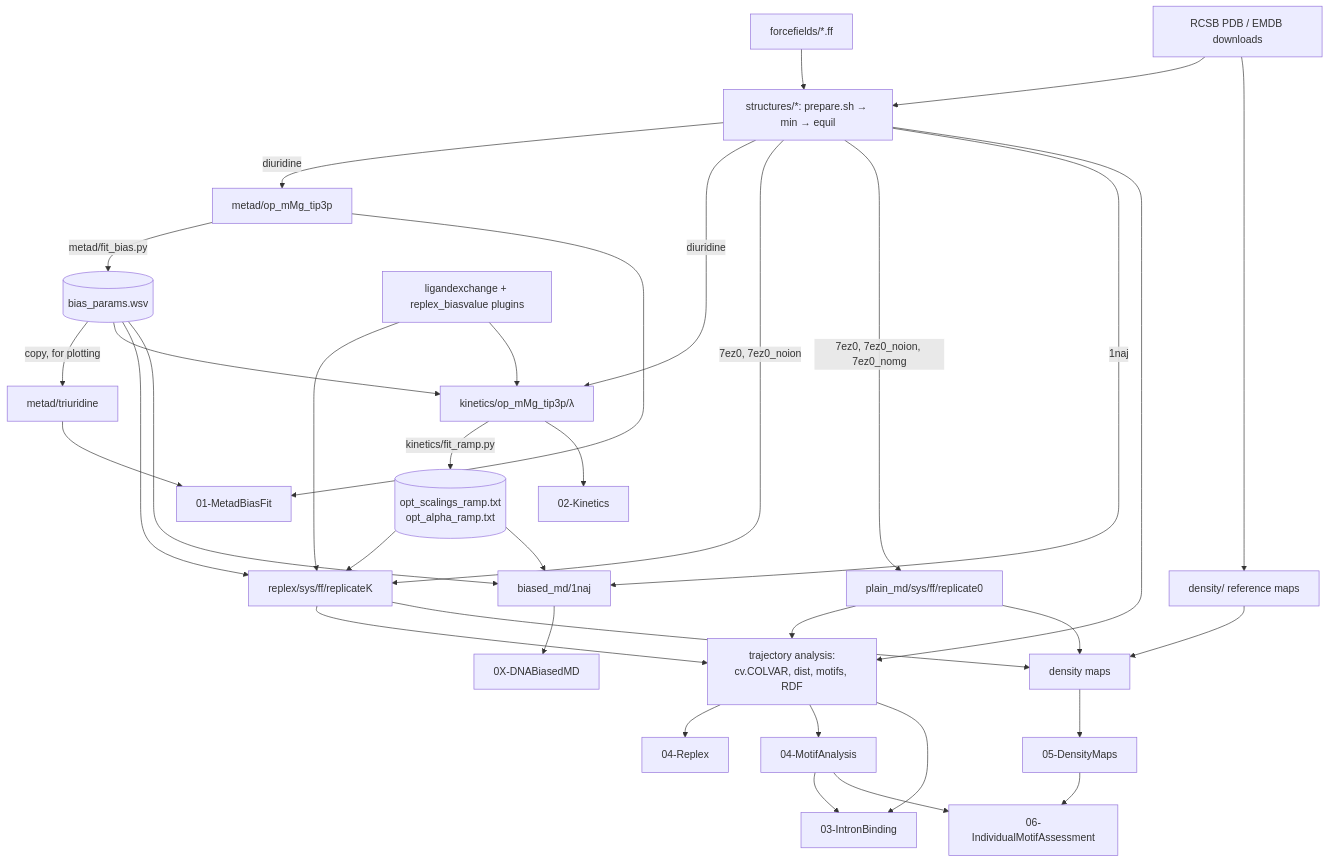
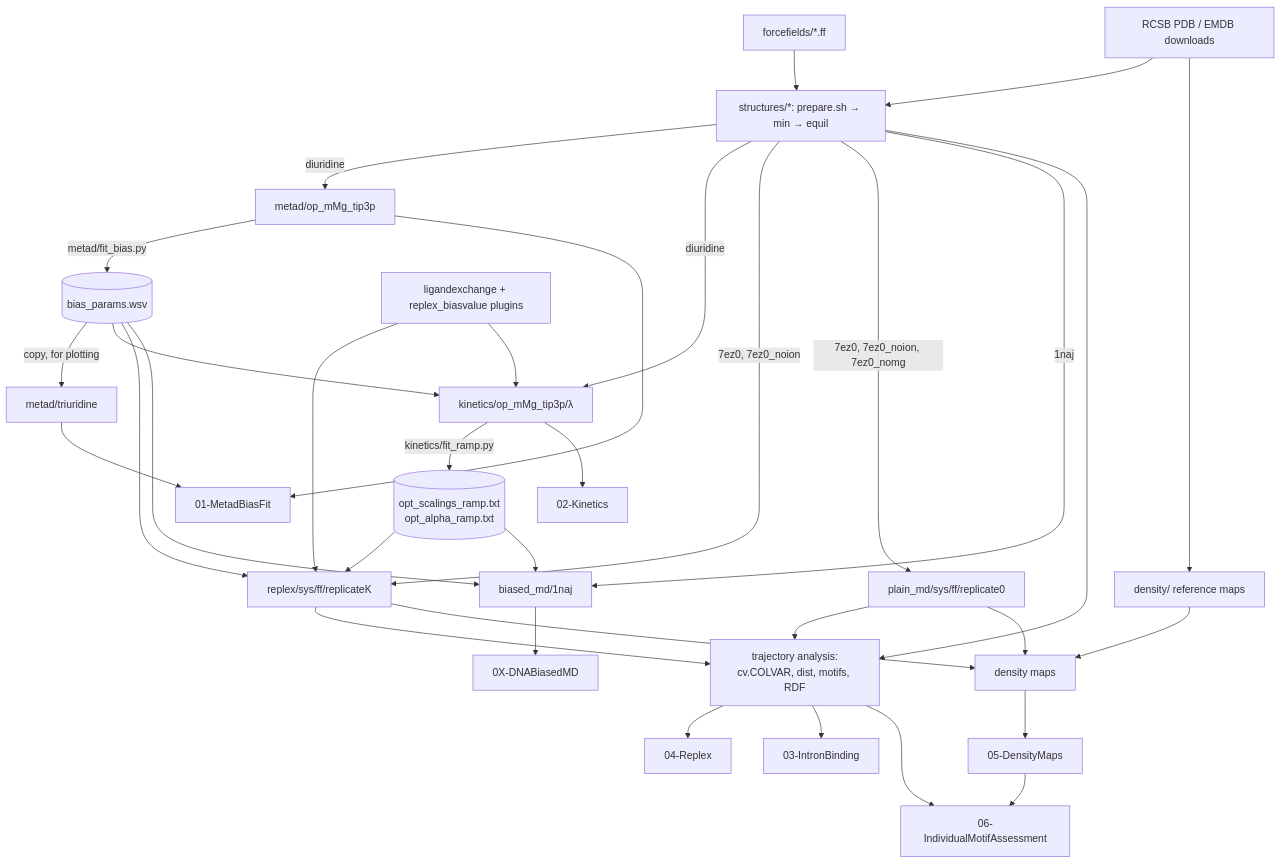
The diagram in PIPELINE.md (ollyfutur/mg_sampling), drawn with Mermaid before and after one commit. The commit also changed other lines of this file and 35 other files, not shown here.

````diff
--- a/PIPELINE.md
+++ b/PIPELINE.md
@@ -13,42 +13,40 @@
 ```mermaid
 flowchart TD
   FF[forcefields/*.ff] --> PREP
   PDB[RCSB PDB / EMDB downloads] --> PREP[structures/*: prepare.sh → min → equil]
   PDB --> EM[density/ reference maps]
 
   PREP -->|diuridine| METAD[metad/op_mMg_tip3p]
   METAD -->|metad/fit_bias.py| BP[(bias_params.wsv)]
   BP -->|copy, for plotting| METAD3[metad/triuridine]
   BP --> KIN[kinetics/op_mMg_tip3p/λ]
   PREP -->|diuridine| KIN
   KIN -->|kinetics/fit_ramp.py| OPT[(opt_scalings_ramp.txt<br/>opt_alpha_ramp.txt)]
 
   PREP -->|7ez0, 7ez0_noion| REPLEX[replex/sys/ff/replicateK]
   BP --> REPLEX
   OPT --> REPLEX
   PLUG[ligandexchange + replex_biasvalue plugins] --> REPLEX
   PLUG --> KIN
   PREP -->|7ez0, 7ez0_noion, 7ez0_nomg| PLAIN[plain_md/sys/ff/replicate0]
   PREP -->|1naj| BMD[biased_md/1naj]
   BP --> BMD
   OPT --> BMD
 
   REPLEX --> ANA[trajectory analysis:<br/>cv.COLVAR, dist, motifs, RDF]
   PLAIN --> ANA
   PREP --> ANA
   REPLEX --> DENS[density maps]
   PLAIN --> DENS
   EM --> DENS
 
   METAD --> NB01[01-MetadBiasFit]
   METAD3 --> NB01
   KIN --> NB02[02-Kinetics]
   ANA --> NB04R[04-Replex]
-  ANA --> NB04M[04-MotifAnalysis]
-  NB04M --> NB03[03-IntronBinding]
-  ANA --> NB03
+  ANA --> NB03[03-IntronBinding]
   DENS --> NB05[05-DensityMaps]
   NB05 --> NB06[06-IndividualMotifAssessment]
-  NB04M --> NB06
+  ANA --> NB06
   BMD --> NB0X[0X-DNABiasedMD]
 ```
````
